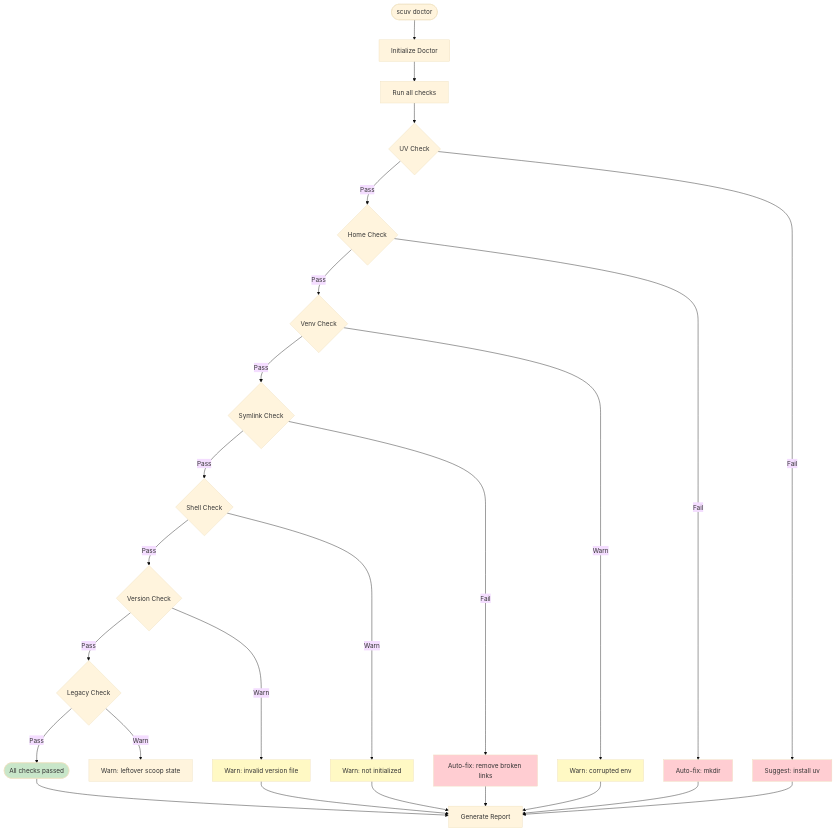
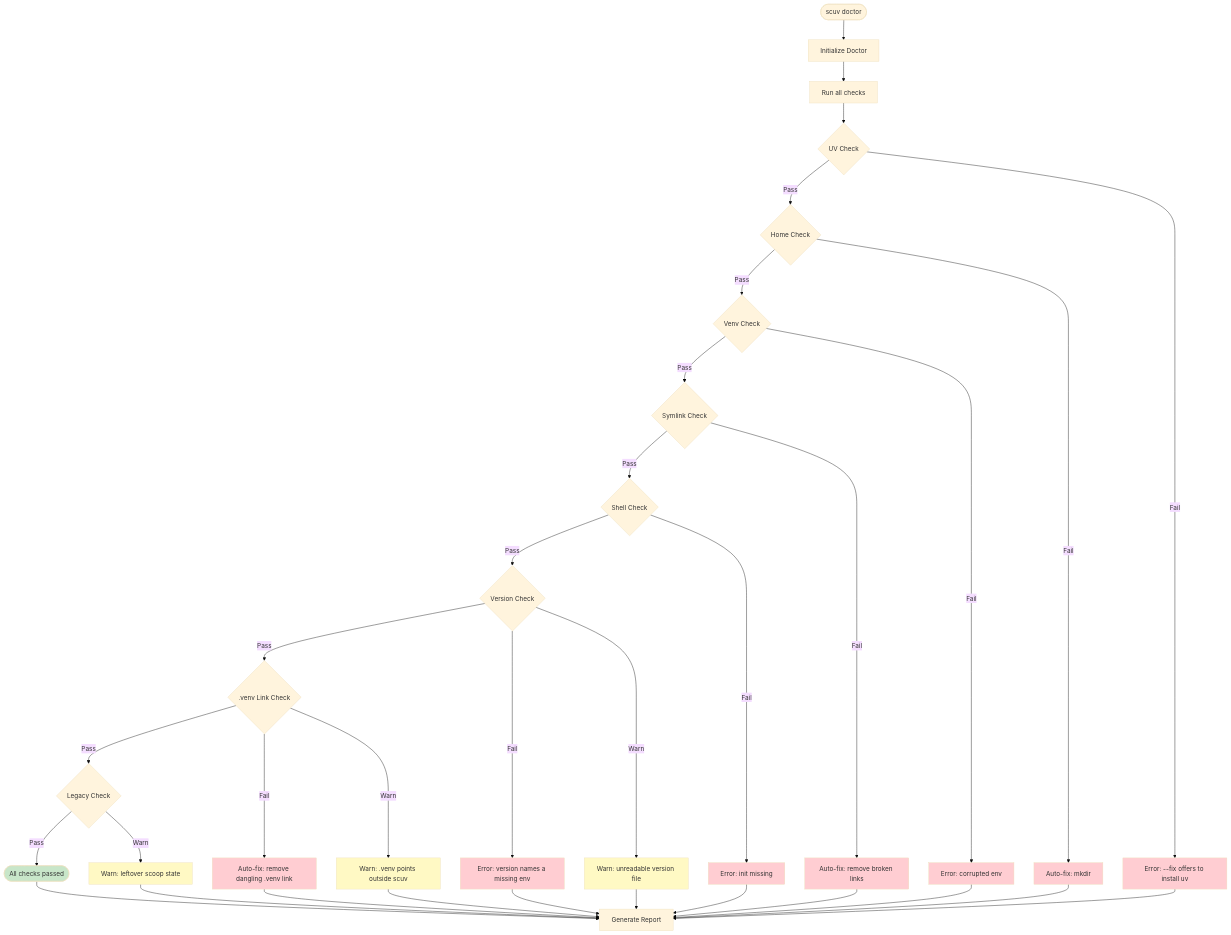
Before and after one commit to ai-screams/scoop-uv: the fifth of 6 diagrams in docs/src/development/architecture.md, drawn with Mermaid (base theme). The commit also changed other lines of this file and 31 other files, not shown here.

````diff
--- a/docs/src/development/architecture.md
+++ b/docs/src/development/architecture.md
@@ -236,43 +242,56 @@
 ```mermaid
 flowchart TD
     Start([scuv doctor]) --> Init[Initialize Doctor]
     Init --> Run[Run all checks]
 
     Run --> UV{UV Check}
     UV -->|Pass| Home{Home Check}
-    UV -->|Fail| Fix1[Suggest: install uv]
+    UV -->|Fail| Fix1[Error: --fix offers to install uv]
 
     Home -->|Pass| Venv{Venv Check}
     Home -->|Fail| Fix2[Auto-fix: mkdir]
 
     Venv -->|Pass| Link{Symlink Check}
-    Venv -->|Warn| Warn1[Warn: corrupted env]
+    Venv -->|Fail| Err1[Error: corrupted env]
 
     Link -->|Pass| Shell{Shell Check}
     Link -->|Fail| Fix3[Auto-fix: remove broken links]
 
     Shell -->|Pass| Ver{Version Check}
-    Shell -->|Warn| Warn2[Warn: not initialized]
+    Shell -->|Fail| Err2[Error: init missing]
 
-    Ver -->|Pass| Legacy{Legacy Check}
-    Ver -->|Warn| Warn3[Warn: invalid version file]
+    Ver -->|Pass| VLink{.venv Link Check}
+    Ver -->|Fail| Err3[Error: version names a missing env]
+    Ver -->|Warn| Warn3[Warn: unreadable version file]
+
+    VLink -->|Pass| Legacy{Legacy Check}
+    VLink -->|Fail| Fix4[Auto-fix: remove dangling .venv link]
+    VLink -->|Warn| Warn5[Warn: .venv points outside scuv]
 
     Legacy -->|Pass| Done([All checks passed])
     Legacy -->|Warn| Warn4[Warn: leftover scoop state]
 
     Fix1 --> Report[Generate Report]
     Fix2 --> Report
     Fix3 --> Report
-    Warn1 --> Report
-    Warn2 --> Report
+    Fix4 --> Report
+    Err1 --> Report
+    Err2 --> Report
+    Err3 --> Report
     Warn3 --> Report
+    Warn4 --> Report
+    Warn5 --> Report
     Done --> Report
 
     style Done fill:#c8e6c9
     style Fix1 fill:#ffcdd2
     style Fix2 fill:#ffcdd2
     style Fix3 fill:#ffcdd2
-    style Warn1 fill:#fff9c4
-    style Warn2 fill:#fff9c4
+    style Fix4 fill:#ffcdd2
+    style Err1 fill:#ffcdd2
+    style Err2 fill:#ffcdd2
+    style Err3 fill:#ffcdd2
     style Warn3 fill:#fff9c4
+    style Warn4 fill:#fff9c4
+    style Warn5 fill:#fff9c4
 ```
````
